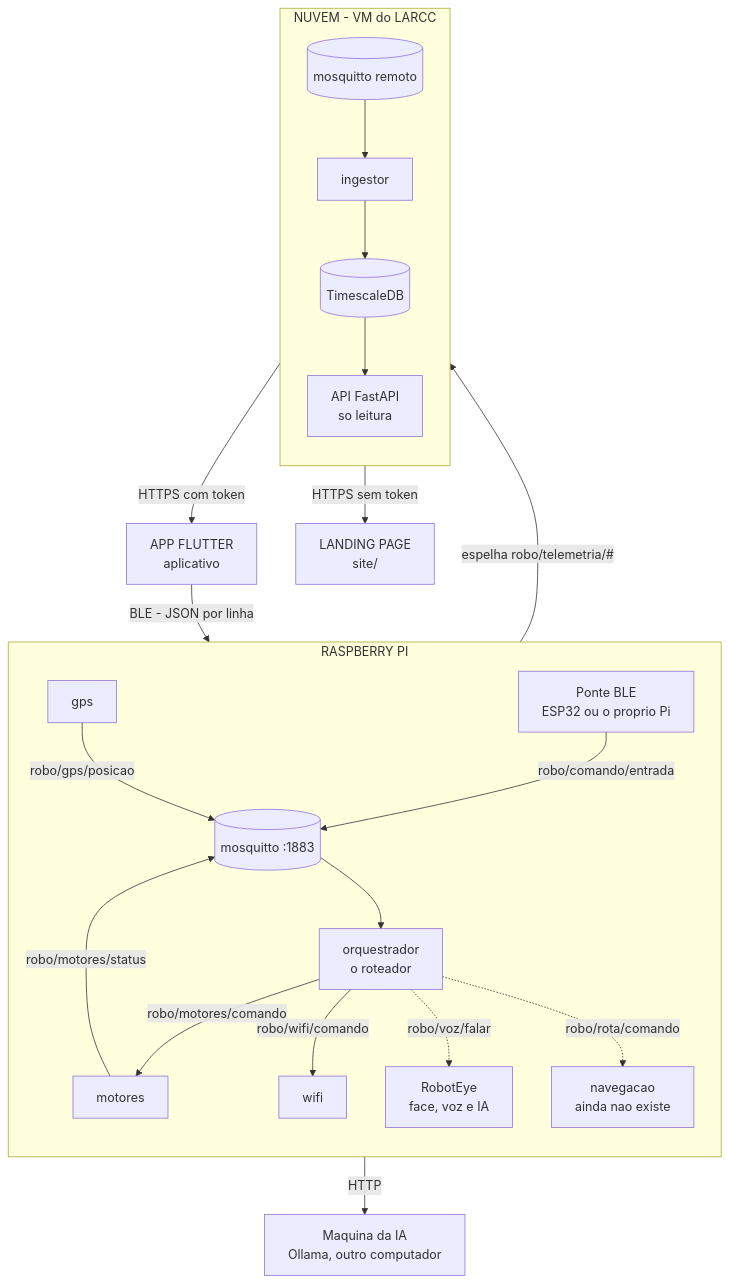
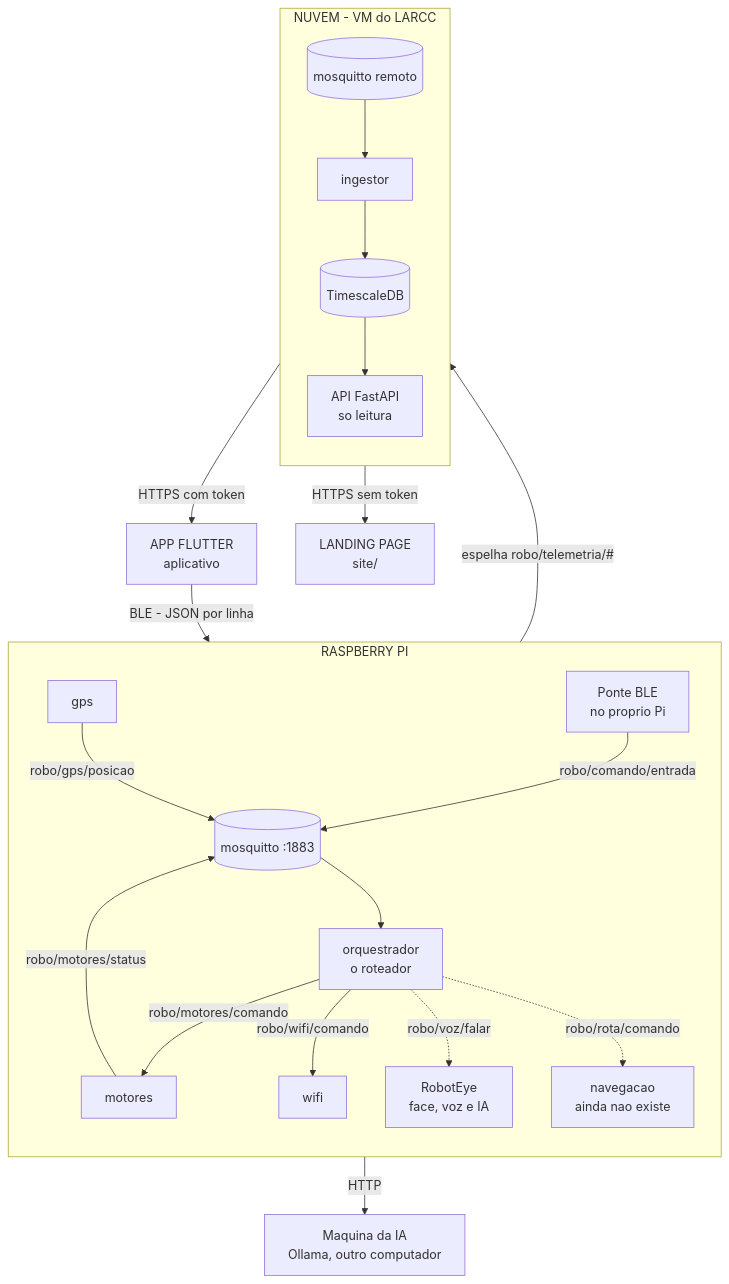
Before and after one commit to setrem-robot/orquestrador: the diagram in MAPA-COMUNICACAO.md, drawn with Mermaid. The commit also changed other lines of this file and 19 other files, not shown here.

````diff
--- a/MAPA-COMUNICACAO.md
+++ b/MAPA-COMUNICACAO.md
@@ -116,41 +116,41 @@
 ```mermaid
 flowchart TB
     APP["APP FLUTTER<br/>aplicativo"]
     SITE["LANDING PAGE<br/>site/"]
     PC["Maquina da IA<br/>Ollama, outro computador"]
 
     subgraph PI["RASPBERRY PI"]
         direction TB
-        PONTE["Ponte BLE<br/>ESP32 ou o proprio Pi"]
+        PONTE["Ponte BLE<br/>no proprio Pi"]
         BROKER[("mosquitto :1883")]
         ROT["orquestrador<br/>o roteador"]
         MOT["motores"]
         GPS["gps"]
         WIFI["wifi"]
         CARA["RobotEye<br/>face, voz e IA"]
         FUTURO["navegacao<br/>ainda nao existe"]
     end
 
     subgraph NUVEM["NUVEM - VM do LARCC"]
         direction TB
         BRK2[("mosquitto remoto")]
         INGC["ingestor"]
         DB[("TimescaleDB")]
         API["API FastAPI<br/>so leitura"]
     end
 
     APP -- "BLE - JSON por linha" --> PONTE
     PONTE -- "robo/comando/entrada" --> BROKER
     BROKER --> ROT
     ROT -- "robo/motores/comando" --> MOT
     ROT -- "robo/wifi/comando" --> WIFI
     ROT -. "robo/voz/falar" .-> CARA
     ROT -. "robo/rota/comando" .-> FUTURO
     GPS -- "robo/gps/posicao" --> BROKER
     MOT -- "robo/motores/status" --> BROKER
     ROT -- "espelha robo/telemetria/#" --> BRK2
     BRK2 --> INGC --> DB --> API
     API -- "HTTPS com token" --> APP
     API -- "HTTPS sem token" --> SITE
     CARA -- "HTTP" --> PC
 ```
````
